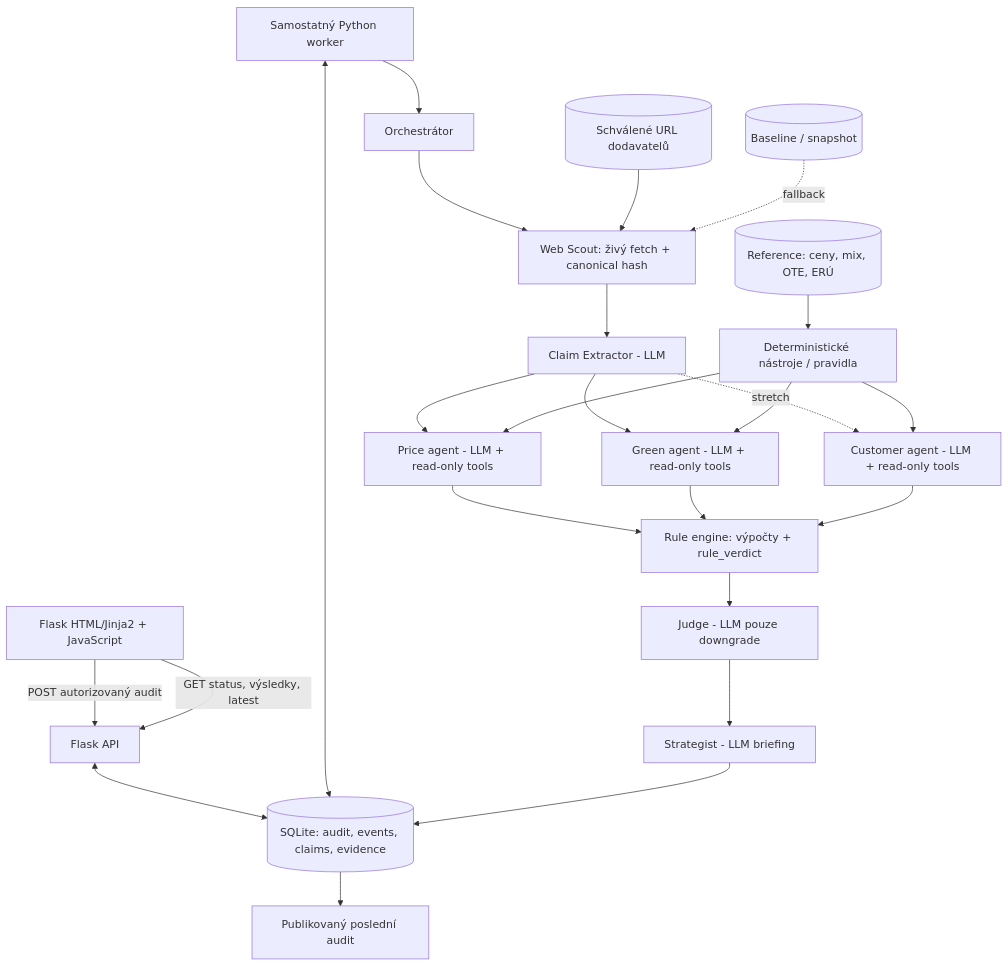
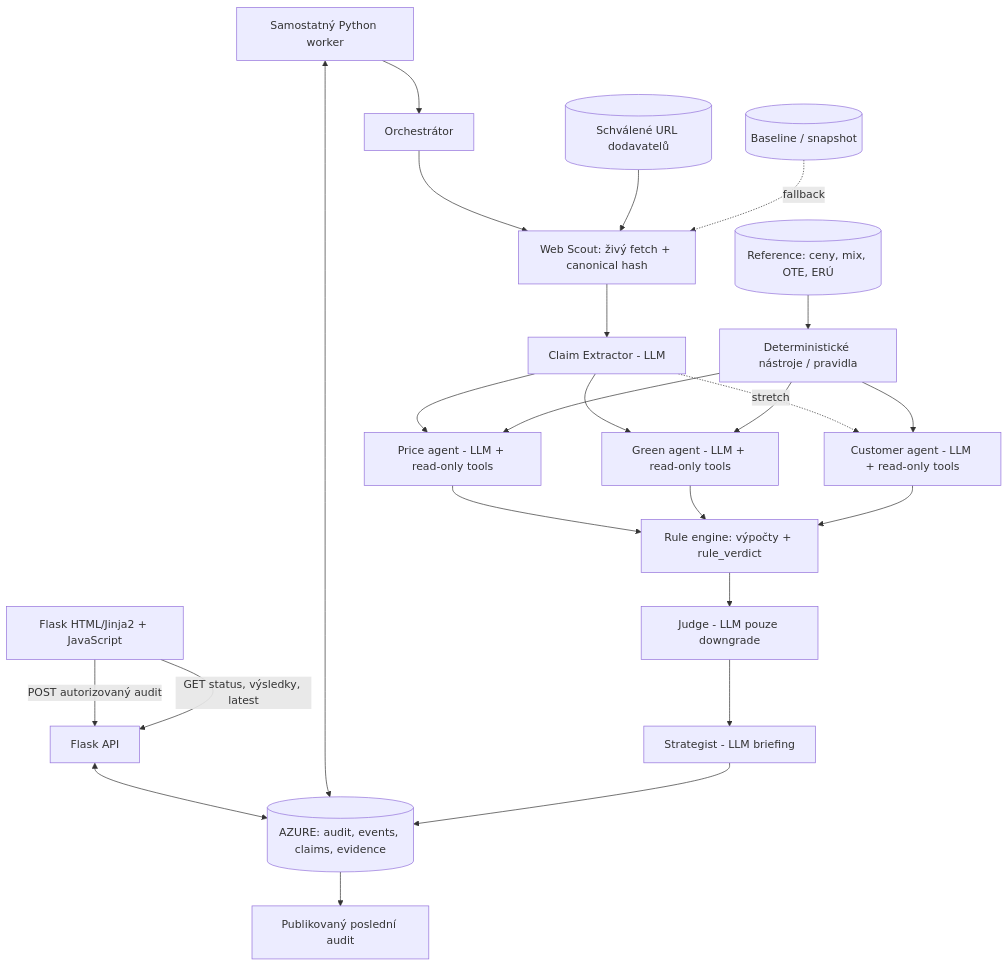
The diagram in docs/ARCHITECTURE.md (KTomsa/competitive-intelligence), drawn with Mermaid before and after one commit. The commit also changed other lines of this file and 4 other files, not shown here.

````diff
--- a/docs/ARCHITECTURE.md
+++ b/docs/ARCHITECTURE.md
@@ -18,26 +18,26 @@
 ```mermaid
 flowchart TB
     UI[Flask HTML/Jinja2 + JavaScript] -->|POST autorizovaný audit| API[Flask API]
     UI -->|GET status, výsledky, latest| API
-    API <--> DB[(SQLite: audit, events, claims, evidence)]
+    API <--> DB[(AZURE: audit, events, claims, evidence)]
     WORKER[Samostatný Python worker] <--> DB
     WORKER --> O[Orchestrátor]
     O --> W[Web Scout: živý fetch + canonical hash]
     WEB[(Schválené URL dodavatelů)] --> W
     FALL[(Baseline / snapshot)] -. fallback .-> W
     W --> C[Claim Extractor - LLM]
     C --> P[Price agent - LLM + read-only tools]
     C --> G[Green agent - LLM + read-only tools]
     C -. stretch .-> A[Customer agent - LLM + read-only tools]
     REF[(Reference: ceny, mix, OTE, ERÚ)] --> TOOLS[Deterministické nástroje / pravidla]
     TOOLS --> P
     TOOLS --> G
     TOOLS --> A
     P --> RULES[Rule engine: výpočty + rule_verdict]
     G --> RULES
     A --> RULES
     RULES --> J[Judge - LLM pouze downgrade]
     J --> S[Strategist - LLM briefing]
     S --> DB
     DB --> PUB[Publikovaný poslední audit]
 ```
````
